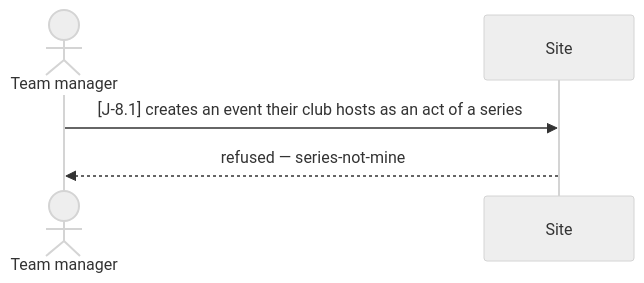
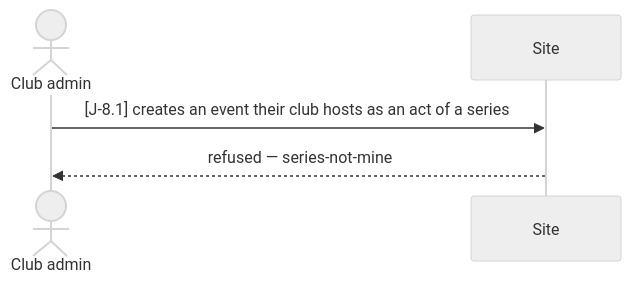
The second of 3 diagrams in docs/journeys/hosted-event.md (gundramleifert/segel-bundesliga), drawn with Mermaid (neutral theme) before and after one commit. The commit also changed other lines of this file and 32 other files, not shown here.

First line of the commit message:
Who may act on a club: a who-may table for money and tuples; the team manager organizes no hosted event; a treasurer is a member

````diff
--- a/docs/journeys/hosted-event.md
+++ b/docs/journeys/hosted-event.md
@@ -48,8 +48,8 @@
 ```mermaid
 sequenceDiagram
-  actor TM as Team manager
+  actor CA as Club admin
   participant P as Site
 
-  TM->>P: [J-8.1] creates an event their club hosts as an act of a series
-  P-->>TM: refused — series-not-mine
+  CA->>P: [J-8.1] creates an event their club hosts as an act of a series
+  P-->>CA: refused — series-not-mine
 ```
````
